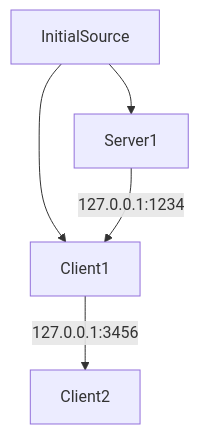
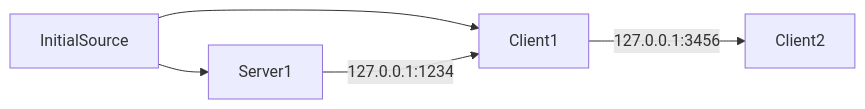
One commit to tonydong2005/ServerClientTCP changed the diagram in README.md. Above: the diagram before and after it, drawn with Mermaid. The commit also changed other lines of this file, not shown here.

````diff
--- a/README.md
+++ b/README.md
@@ -8,7 +12,7 @@
 ```mermaid
-graph TD;
+graph LR;
     InitialSource-->Server1
     InitialSource-->Client1;
     Server1-->|127.0.0.1:1234|Client1;
     Client1-->|127.0.0.1:3456|Client2;
 ```
````
